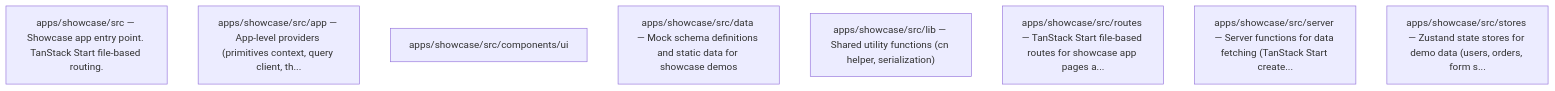
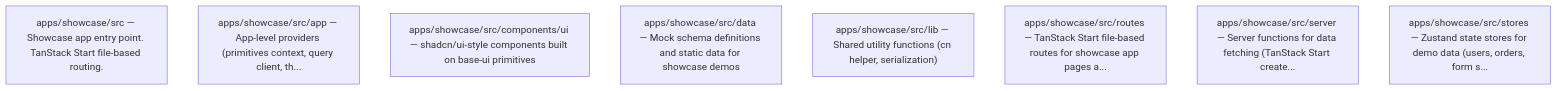
The fourth of 5 diagrams in docs/context-map.md (WianVDM/schema-framework), drawn with Mermaid before and after one commit. The commit also changed other lines of this file and 71 other files, not shown here.

````diff
--- a/docs/context-map.md
+++ b/docs/context-map.md
@@ -60,11 +60,11 @@
 ```mermaid
 graph TD
     apps_showcase_src["apps/showcase/src — Showcase app entry point. TanStack Start file-based routing."]
     apps_showcase_src_app["apps/showcase/src/app — App-level providers (primitives context, query client, th..."]
-    apps_showcase_src_components_ui["apps/showcase/src/components/ui"]
+    apps_showcase_src_components_ui["apps/showcase/src/components/ui — shadcn/ui-style components built on base-ui primitives"]
     apps_showcase_src_data["apps/showcase/src/data — Mock schema definitions and static data for showcase demos"]
     apps_showcase_src_lib["apps/showcase/src/lib — Shared utility functions (cn helper, serialization)"]
     apps_showcase_src_routes["apps/showcase/src/routes — TanStack Start file-based routes for showcase app pages a..."]
     apps_showcase_src_server["apps/showcase/src/server — Server functions for data fetching (TanStack Start create..."]
     apps_showcase_src_stores["apps/showcase/src/stores — Zustand state stores for demo data (users, orders, form s..."]
 ```
````
